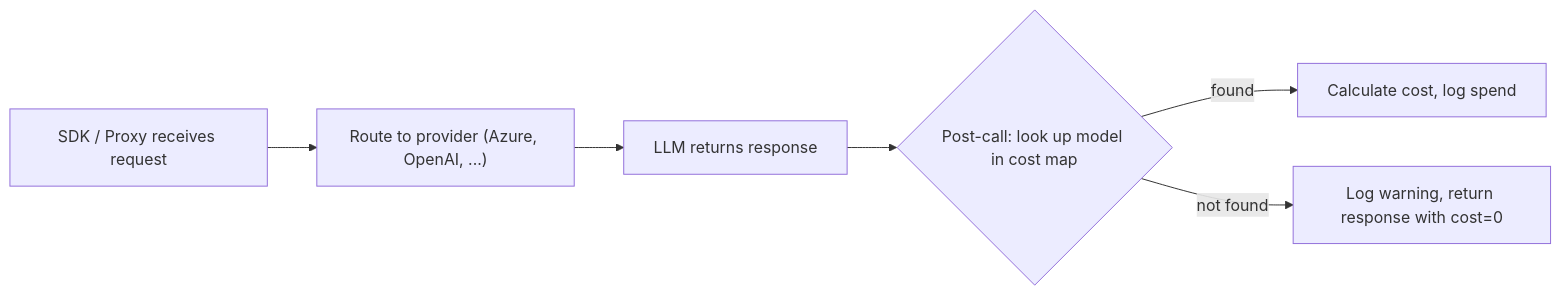
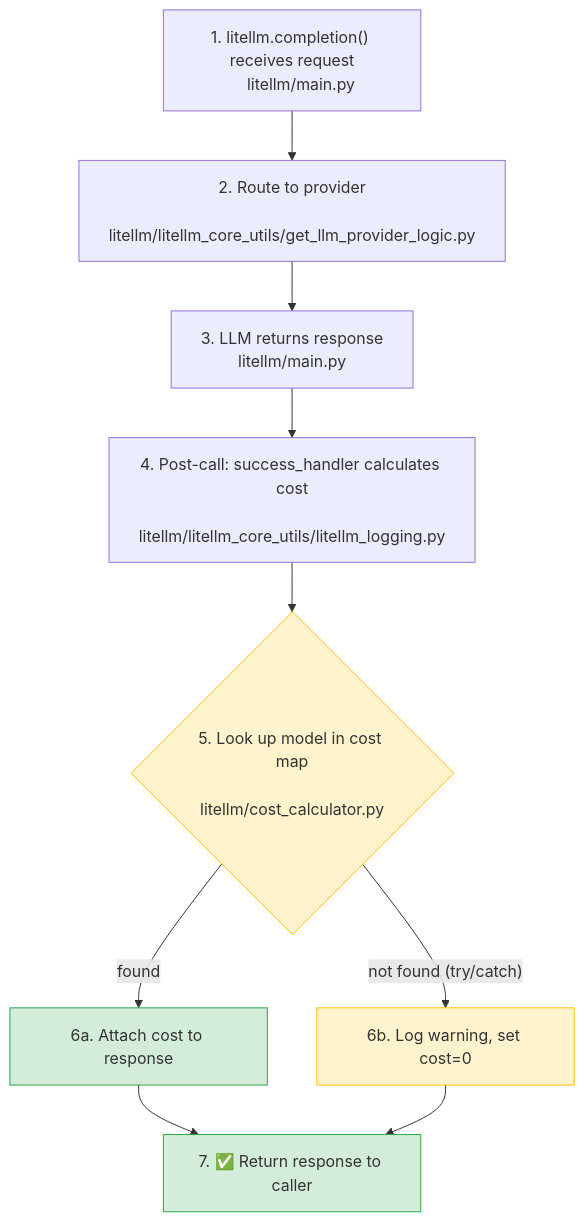
Before and after one commit to BerriAI/litellm: the first of 2 diagrams in docs/my-website/blog/model_cost_map_incident/index.md, drawn with Mermaid. The commit also changed other lines of this file, not shown here.

````diff
--- a/docs/my-website/blog/model_cost_map_incident/index.md
+++ b/docs/my-website/blog/model_cost_map_incident/index.md
@@ -38,8 +38,21 @@
 ```mermaid
-flowchart LR
-    A["SDK / Proxy receives request"] --> B["Route to provider (Azure, OpenAI, ...)"]
-    B --> C["LLM returns response"]
-    C --> D{"Post-call: look up model in cost map"}
-    D -->|found| E["Calculate cost, log spend"]
-    D -->|not found| F["Log warning, return response with cost=0"]
+flowchart TD
+    A["1. litellm.completion() receives request
+    litellm/main.py"] --> B["2. Route to provider
+    litellm/litellm_core_utils/get_llm_provider_logic.py"]
+    B --> C["3. LLM returns response
+    litellm/main.py"]
+    C --> D["4. Post-call: success_handler calculates cost
+    litellm/litellm_core_utils/litellm_logging.py"]
+    D --> E{"5. Look up model in cost map
+    litellm/cost_calculator.py"}
+    E -->|"found"| F["6a. Attach cost to response"]
+    E -->|"not found (try/catch)"| G["6b. Log warning, set cost=0"]
+    F --> H["7. ✅ Return response to caller"]
+    G --> H
+
+    style E fill:#fff3cd,stroke:#ffc107
+    style G fill:#fff3cd,stroke:#ffc107
+    style F fill:#d4edda,stroke:#28a745
+    style H fill:#d4edda,stroke:#28a745
 ```
````
